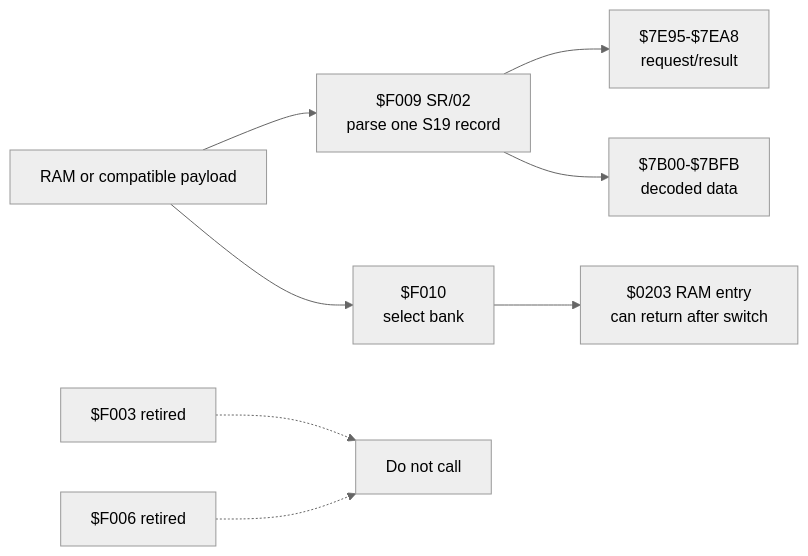
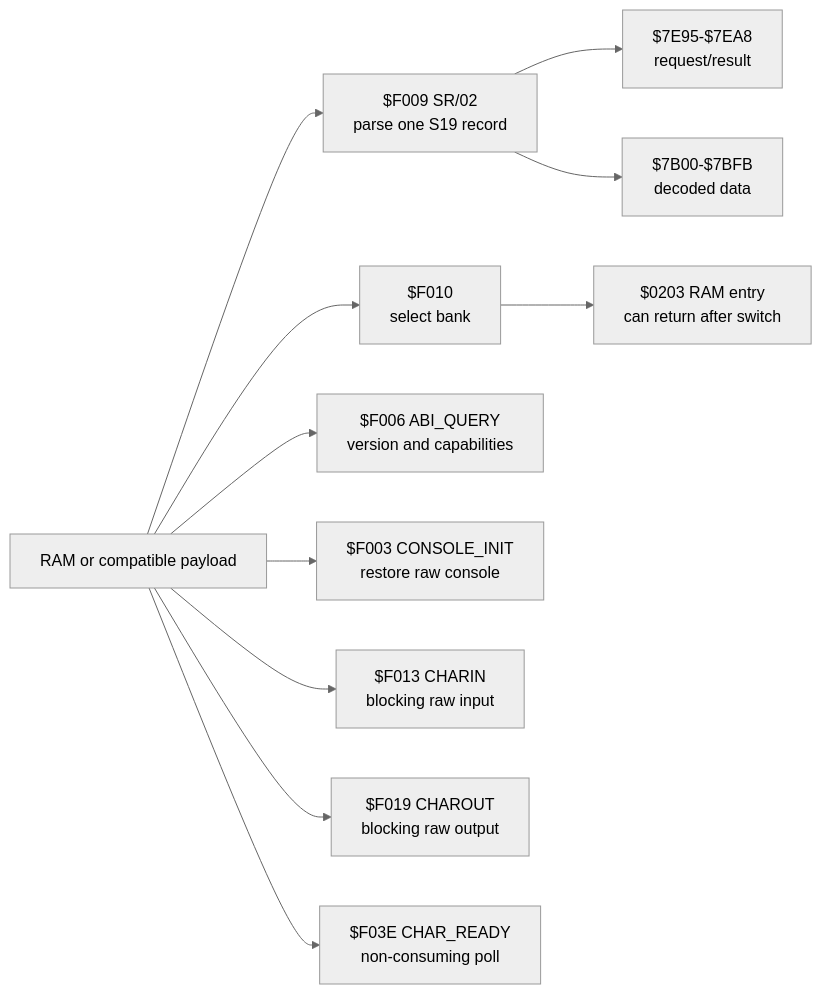
Before and after one commit to 95westus/STR8-N: diagram 11 of 11 in docs/MAPS.md, drawn with Mermaid (neutral theme). The commit also changed other lines of this file and 20 other files, not shown here.

````diff
--- a/docs/MAPS.md
+++ b/docs/MAPS.md
@@ -306,10 +310,13 @@
 ```mermaid
 flowchart LR
     CALLER[RAM or compatible payload] --> R[$F009 SR/02<br/>parse one S19 record]
     CALLER --> B[$F010<br/>select bank]
+    CALLER --> Q[$F006 ABI_QUERY<br/>version and capabilities]
+    CALLER --> I[$F003 CONSOLE_INIT<br/>restore raw console]
+    CALLER --> CI[$F013 CHARIN<br/>blocking raw input]
+    CALLER --> CO[$F019 CHAROUT<br/>blocking raw output]
+    CALLER --> CR[$F03E CHAR_READY<br/>non-consuming poll]
     R --> DESC[$7E95-$7EA8<br/>request/result]
     R --> DATA[$7B00-$7BFB<br/>decoded data]
     B --> RAM[$0203 RAM entry<br/>can return after switch]
-    OLD1[$F003 retired] -.-> STOP[Do not call]
-    OLD2[$F006 retired] -.-> STOP
 ```
````
